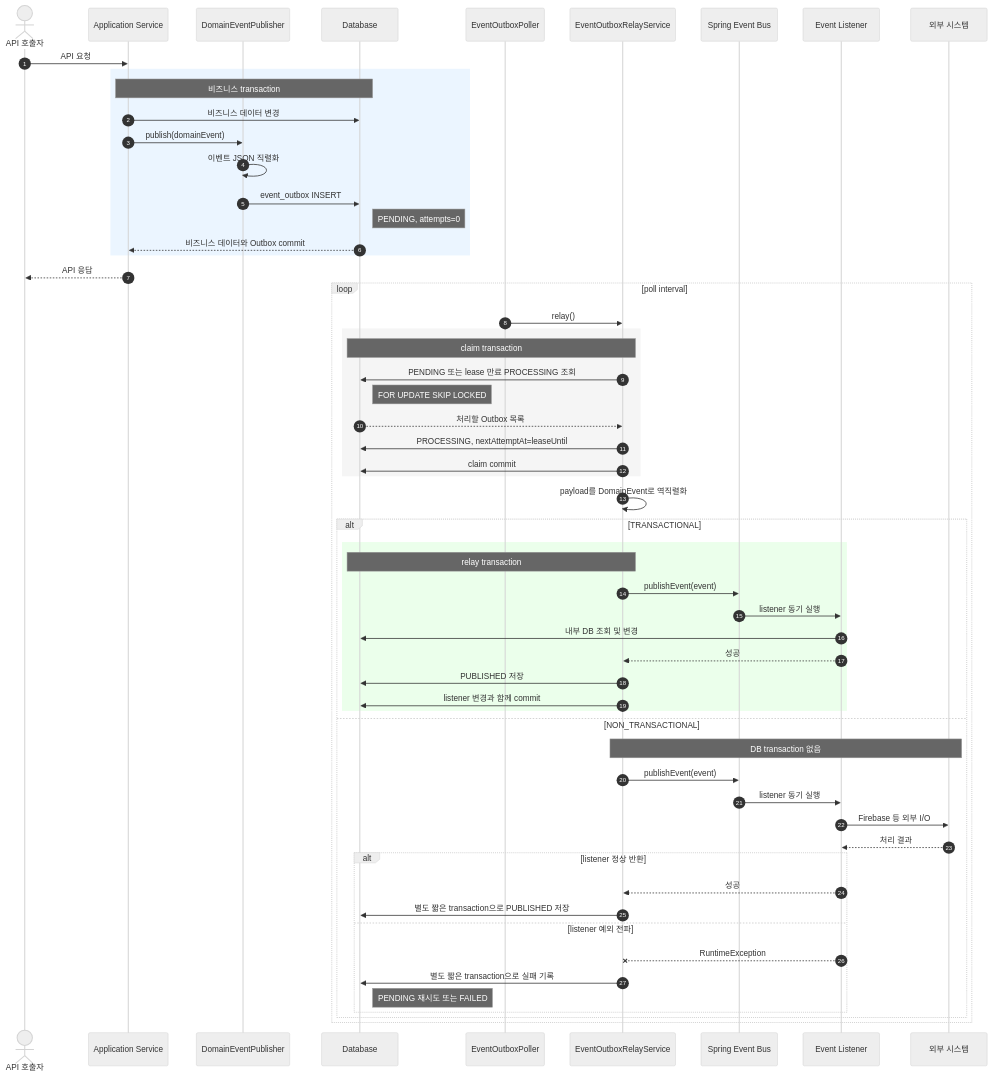
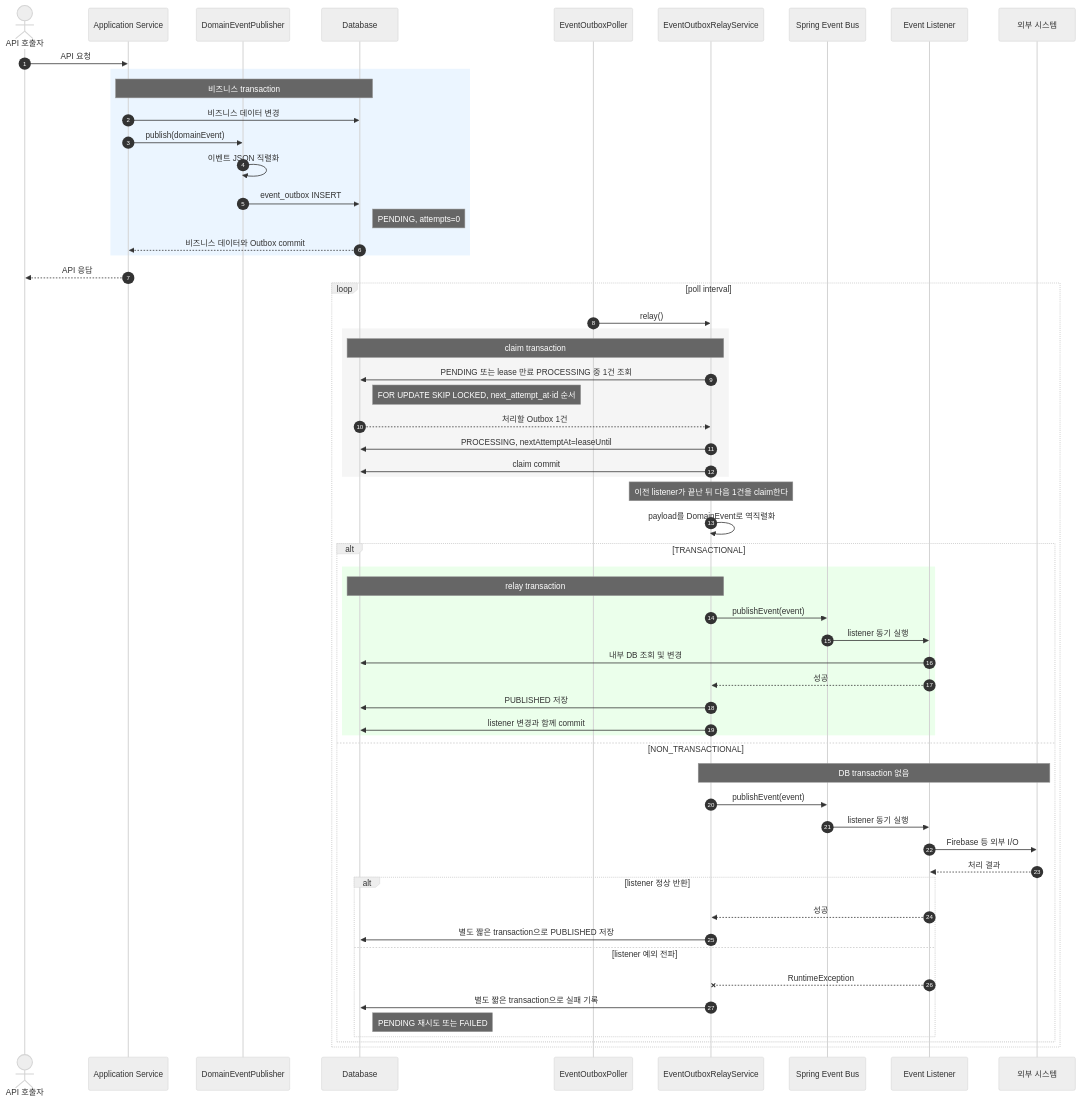
The first of 2 diagrams in docs/onboarding/event-outbox-flow.md (UMC-PRODUCT/cygnus-server), drawn with Mermaid (neutral theme) before and after one commit. The commit also changed other lines of this file and 3 other files, not shown here.

````diff
--- a/docs/onboarding/event-outbox-flow.md
+++ b/docs/onboarding/event-outbox-flow.md
@@ -8,70 +8,71 @@
 ```mermaid
 sequenceDiagram
     autonumber
 
     actor Client as API 호출자
     participant Service as Application Service
     participant Publisher as DomainEventPublisher
     participant DB as Database
     participant Poller as EventOutboxPoller
     participant Relay as EventOutboxRelayService
     participant EventBus as Spring Event Bus
     participant Listener as Event Listener
     participant External as 외부 시스템
 
     Client->>Service: API 요청
 
     rect rgb(235, 245, 255)
         Note over Service,DB: 비즈니스 transaction
         Service->>DB: 비즈니스 데이터 변경
         Service->>Publisher: publish(domainEvent)
         Publisher->>Publisher: 이벤트 JSON 직렬화
         Publisher->>DB: event_outbox INSERT
         Note right of DB: PENDING, attempts=0
         DB-->>Service: 비즈니스 데이터와 Outbox commit
     end
 
     Service-->>Client: API 응답
 
     loop poll interval
         Poller->>Relay: relay()
 
         rect rgb(245, 245, 245)
             Note over Relay,DB: claim transaction
-            Relay->>DB: PENDING 또는 lease 만료 PROCESSING 조회
-            Note right of DB: FOR UPDATE SKIP LOCKED
-            DB-->>Relay: 처리할 Outbox 목록
+            Relay->>DB: PENDING 또는 lease 만료 PROCESSING 중 1건 조회
+            Note right of DB: FOR UPDATE SKIP LOCKED, next_attempt_at·id 순서
+            DB-->>Relay: 처리할 Outbox 1건
             Relay->>DB: PROCESSING, nextAttemptAt=leaseUntil
             Relay->>DB: claim commit
         end
+        Note over Relay: 이전 listener가 끝난 뒤 다음 1건을 claim한다
 
         Relay->>Relay: payload를 DomainEvent로 역직렬화
 
         alt TRANSACTIONAL
             rect rgb(235, 255, 235)
                 Note over Relay,DB: relay transaction
                 Relay->>EventBus: publishEvent(event)
                 EventBus->>Listener: listener 동기 실행
                 Listener->>DB: 내부 DB 조회 및 변경
                 Listener-->>Relay: 성공
                 Relay->>DB: PUBLISHED 저장
                 Relay->>DB: listener 변경과 함께 commit
             end
         else NON_TRANSACTIONAL
             Note over Relay,External: DB transaction 없음
             Relay->>EventBus: publishEvent(event)
             EventBus->>Listener: listener 동기 실행
             Listener->>External: Firebase 등 외부 I/O
             External-->>Listener: 처리 결과
 
             alt listener 정상 반환
                 Listener-->>Relay: 성공
                 Relay->>DB: 별도 짧은 transaction으로 PUBLISHED 저장
             else listener 예외 전파
                 Listener--xRelay: RuntimeException
                 Relay->>DB: 별도 짧은 transaction으로 실패 기록
                 Note right of DB: PENDING 재시도 또는 FAILED
             end
         end
     end
 ```
````
